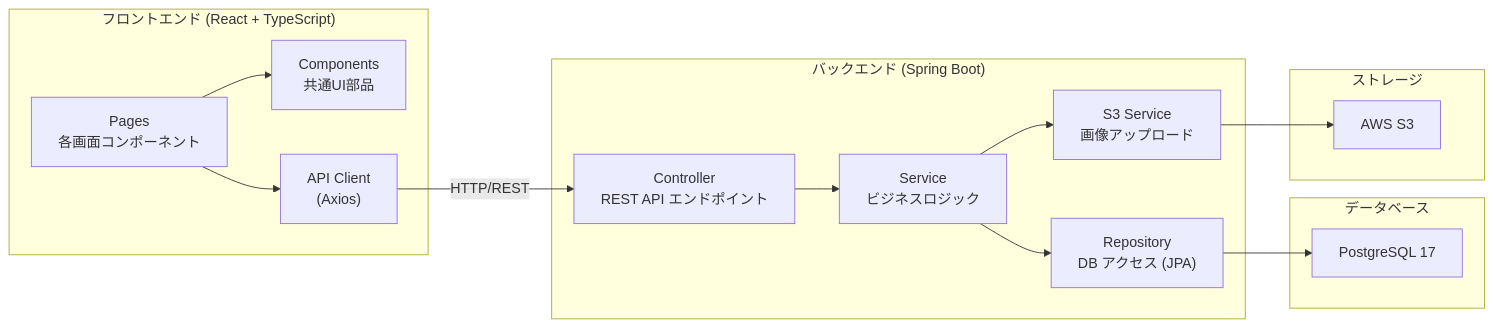
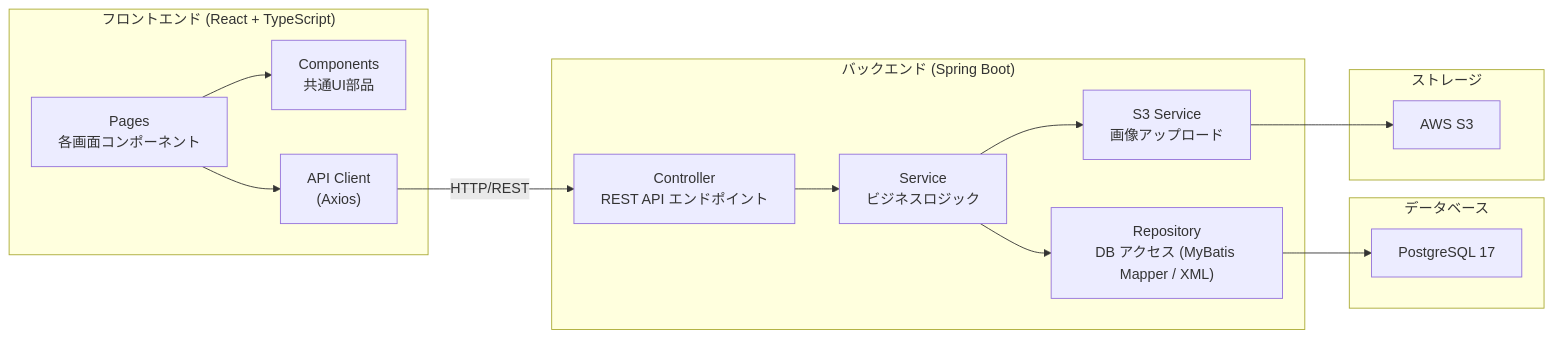
Before and after one commit to yamamotonaoki3/RaiseTimeLine: the second of 3 diagrams in docs/details/system-architecture.md, drawn with Mermaid. The commit also changed other lines of this file and 27 other files, not shown here.

````diff
--- a/docs/details/system-architecture.md
+++ b/docs/details/system-architecture.md
@@ -39,32 +40,32 @@
 ```mermaid
 flowchart LR
     subgraph Frontend["フロントエンド (React + TypeScript)"]
         Pages["Pages\n各画面コンポーネント"]
         Components["Components\n共通UI部品"]
         API_Client["API Client\n(Axios)"]
     end
 
     subgraph Backend["バックエンド (Spring Boot)"]
         Controller["Controller\nREST API エンドポイント"]
         Service["Service\nビジネスロジック"]
-        Repository["Repository\nDB アクセス (JPA)"]
+        Repository["Repository\nDB アクセス (MyBatis Mapper / XML)"]
         S3Service["S3 Service\n画像アップロード"]
     end
 
     subgraph DB["データベース"]
         PostgreSQL["PostgreSQL 17"]
     end
 
     subgraph Storage["ストレージ"]
         AmazonS3["AWS S3"]
     end
 
     Pages --> Components
     Pages --> API_Client
     API_Client -- HTTP/REST --> Controller
     Controller --> Service
     Service --> Repository
     Service --> S3Service
     Repository --> PostgreSQL
     S3Service --> AmazonS3
 ```
````
